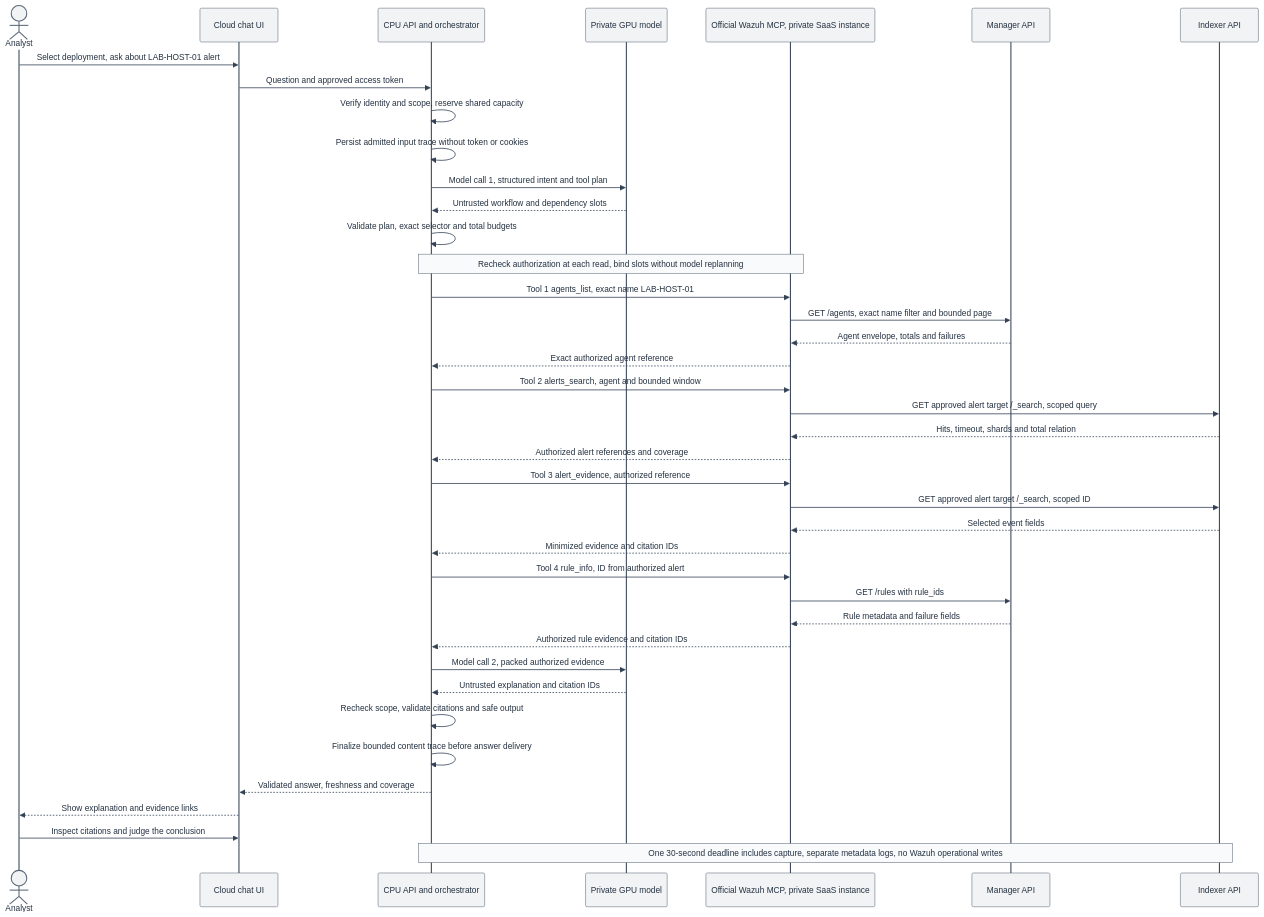
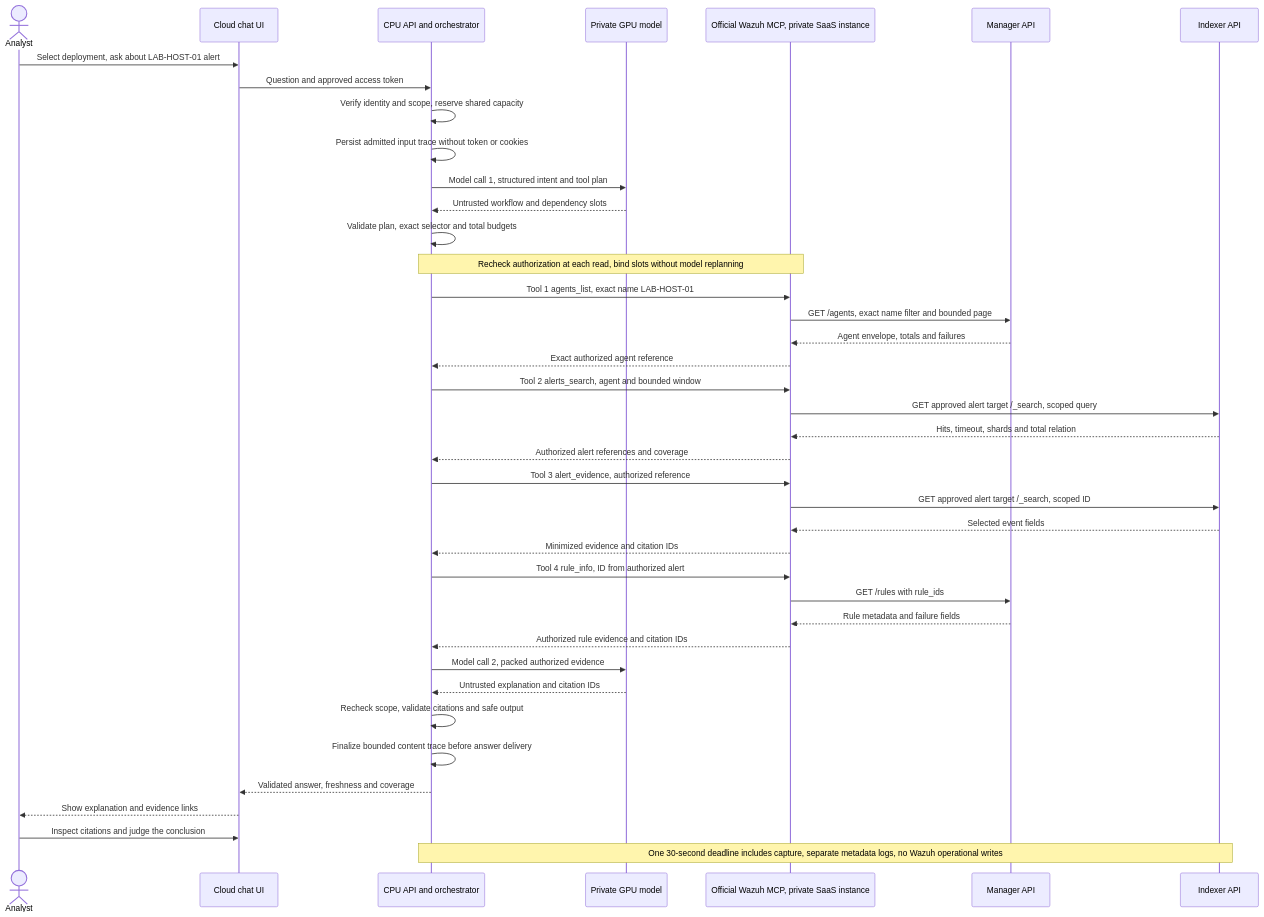
Before and after one commit to HugoPBrito/wazuh-tech-task: the fourth of 4 diagrams in phase3/PHASE3.md, drawn with Mermaid. The commit also changed 1 other file, not shown here.

Commit message:
fix(docs): respect host theme in sequence diagram

````diff
--- a/phase3/PHASE3.md
+++ b/phase3/PHASE3.md
@@ -325,43 +325,42 @@
 ```mermaid
-%%{init: {"theme": "base", "themeVariables": {"darkMode": false, "background": "#ffffff", "primaryTextColor": "#243140", "textColor": "#243140", "lineColor": "#334155", "arrowheadColor": "#334155", "actorBkg": "#f1f3f5", "actorBorder": "#586574", "actorTextColor": "#243140", "actorLineColor": "#334155", "signalColor": "#334155", "signalTextColor": "#243140", "noteBkgColor": "#f8fafc", "noteTextColor": "#243140", "noteBorderColor": "#586574"}}}%%
 sequenceDiagram
     actor Analyst
     participant UI as Cloud chat UI
     participant O as CPU API and orchestrator
     participant M as Private GPU model
     participant T as Official Wazuh MCP, private SaaS instance
     participant W as Manager API
     participant I as Indexer API
     Analyst->>UI: Select deployment, ask about LAB-HOST-01 alert
     UI->>O: Question and approved access token
     O->>O: Verify identity and scope, reserve shared capacity
     O->>O: Persist admitted input trace without token or cookies
     O->>M: Model call 1, structured intent and tool plan
     M-->>O: Untrusted workflow and dependency slots
     O->>O: Validate plan, exact selector and total budgets
     Note over O,T: Recheck authorization at each read, bind slots without model replanning
     O->>T: Tool 1 agents_list, exact name LAB-HOST-01
     T->>W: GET /agents, exact name filter and bounded page
     W-->>T: Agent envelope, totals and failures
     T-->>O: Exact authorized agent reference
     O->>T: Tool 2 alerts_search, agent and bounded window
     T->>I: GET approved alert target /_search, scoped query
     I-->>T: Hits, timeout, shards and total relation
     T-->>O: Authorized alert references and coverage
     O->>T: Tool 3 alert_evidence, authorized reference
     T->>I: GET approved alert target /_search, scoped ID
     I-->>T: Selected event fields
     T-->>O: Minimized evidence and citation IDs
     O->>T: Tool 4 rule_info, ID from authorized alert
     T->>W: GET /rules with rule_ids
     W-->>T: Rule metadata and failure fields
     T-->>O: Authorized rule evidence and citation IDs
     O->>M: Model call 2, packed authorized evidence
     M-->>O: Untrusted explanation and citation IDs
     O->>O: Recheck scope, validate citations and safe output
     O->>O: Finalize bounded content trace before answer delivery
     O-->>UI: Validated answer, freshness and coverage
     UI-->>Analyst: Show explanation and evidence links
     Analyst->>UI: Inspect citations and judge the conclusion
     Note over O,I: One 30-second deadline includes capture, separate metadata logs, no Wazuh operational writes
 ```
````
